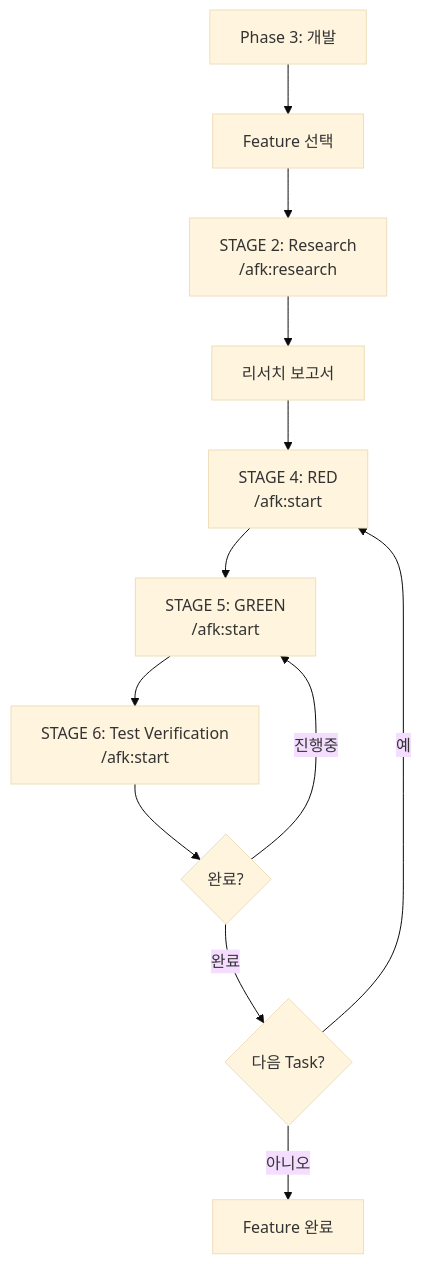
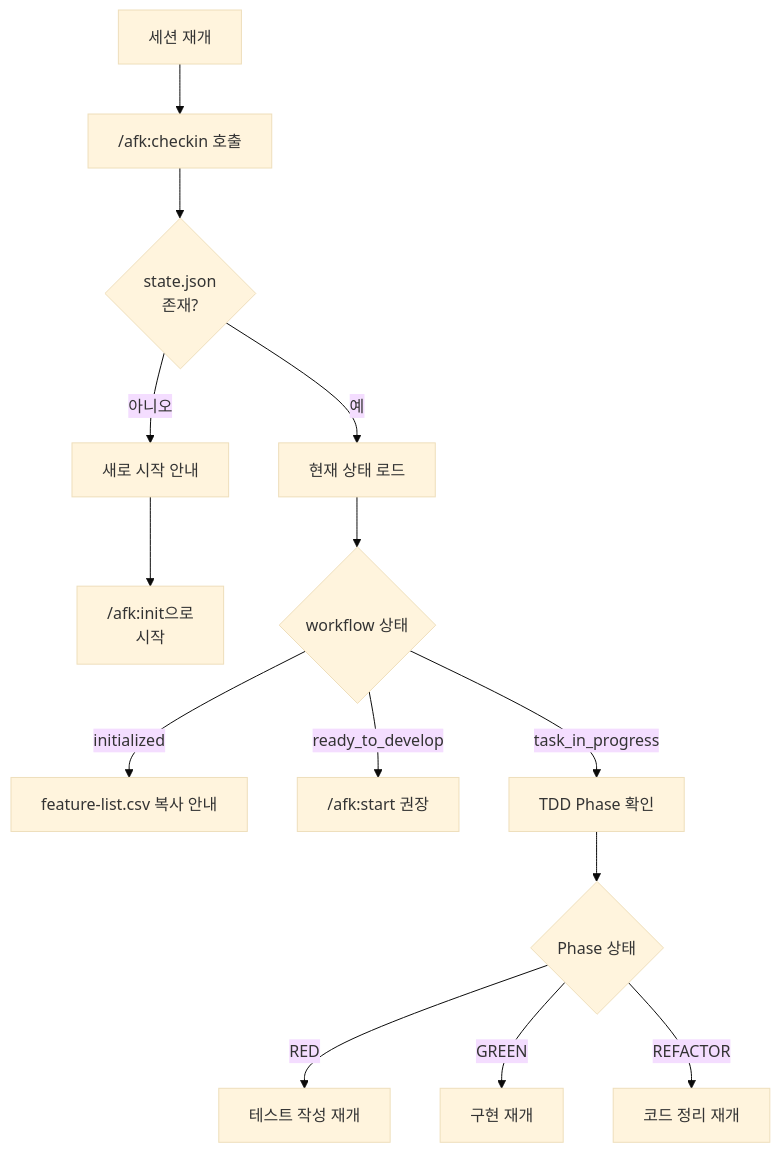
Before and after one commit to robinseo/afk-mod: the sixth of 8 diagrams in docs/workflow.md, drawn with Mermaid (base theme). The commit also changed other lines of this file and 11 other files, not shown here.

````diff
--- a/docs/workflow.md
+++ b/docs/workflow.md
@@ -361,18 +284,20 @@
 ```mermaid
 flowchart TD
-    A[Phase 3: 개발] --> B[Feature 선택]
+    A[세션 재개] --> B["/afk:checkin 호출"]
+    B --> C{state.json<br/>존재?}
 
-    B --> C["STAGE 2: Research<br/>/afk:research"]
-    C --> D[리서치 보고서]
+    C -->|아니오| D[새로 시작 안내]
+    D --> E["/afk:init으로<br/>시작"]
 
-    D --> E["STAGE 4: RED<br/>/afk:start"]
-    E --> F["STAGE 5: GREEN<br/>/afk:start"]
-    F --> G["STAGE 6: Test Verification<br/>/afk:start"]
+    C -->|예| F[현재 상태 로드]
+    F --> G{workflow 상태}
 
-    G --> H{완료?}
-    H -->|진행중| F
-    H -->|완료| I{다음 Task?}
+    G -->|initialized| H["feature-list.csv 복사 안내"]
+    G -->|ready_to_develop| I["/afk:start 권장"]
+    G -->|task_in_progress| J[TDD Phase 확인]
 
-    I -->|예| E
-    I -->|아니오| J[Feature 완료]
+    J --> K{Phase 상태}
+    K -->|RED| L[테스트 작성 재개]
+    K -->|GREEN| M[구현 재개]
+    K -->|REFACTOR| N[코드 정리 재개]
 ```
````
